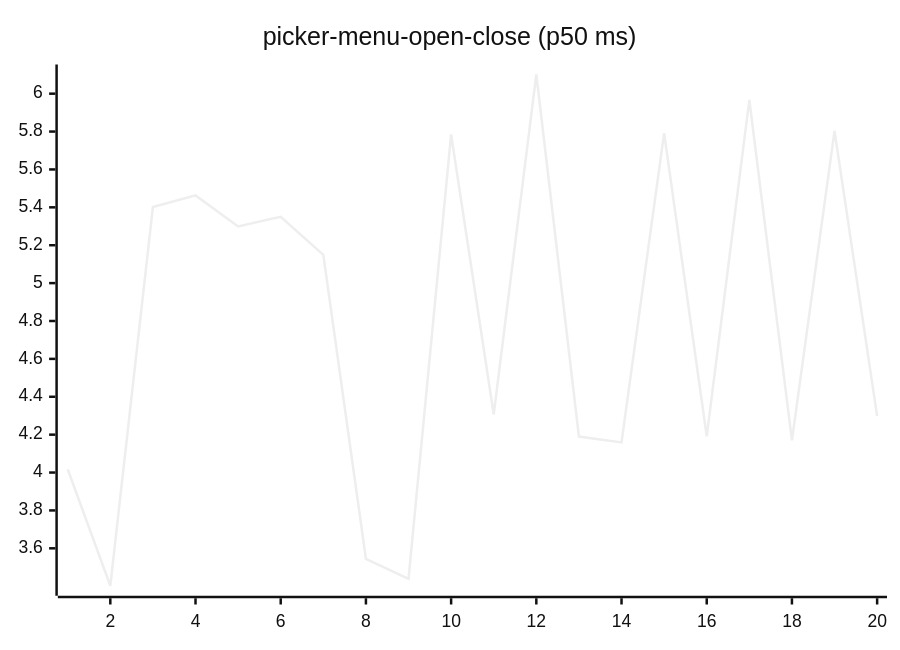
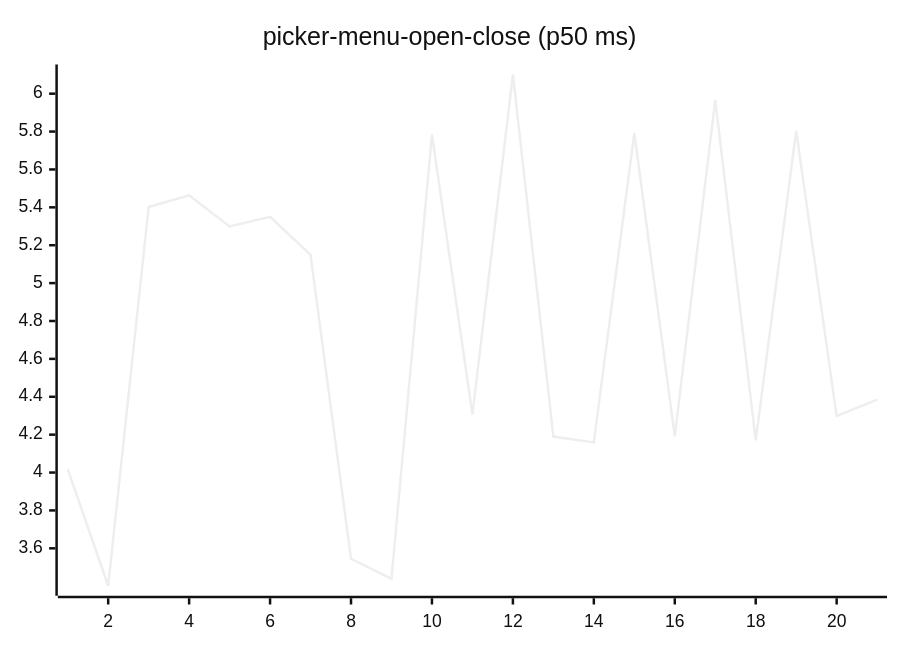
One commit to josha/Facet changed diagram 16 of 27 in README.md. Above: the diagram before and after it, drawn with Mermaid (neutral theme). The commit also changed other lines of this file and 2 other files, not shown here.

````diff
--- a/README.md
+++ b/README.md
@@ -168,6 +168,6 @@
 ```mermaid
 xychart-beta
     title "picker-menu-open-close (p50 ms)"
-    x-axis 1 --> 20
-    line [4.0174, 3.4024, 5.4017, 5.4631, 5.2994, 5.3502, 5.1493, 3.5447, 3.4388, 5.7846, 4.3066, 6.1012, 4.1897, 4.1591, 5.7919, 4.1912, 5.9674, 4.1698, 5.8037, 4.2981]
+    x-axis 1 --> 21
+    line [4.0174, 3.4024, 5.4017, 5.4631, 5.2994, 5.3502, 5.1493, 3.5447, 3.4388, 5.7846, 4.3066, 6.1012, 4.1897, 4.1591, 5.7919, 4.1912, 5.9674, 4.1698, 5.8037, 4.2981, 4.3851]
 ```
````
